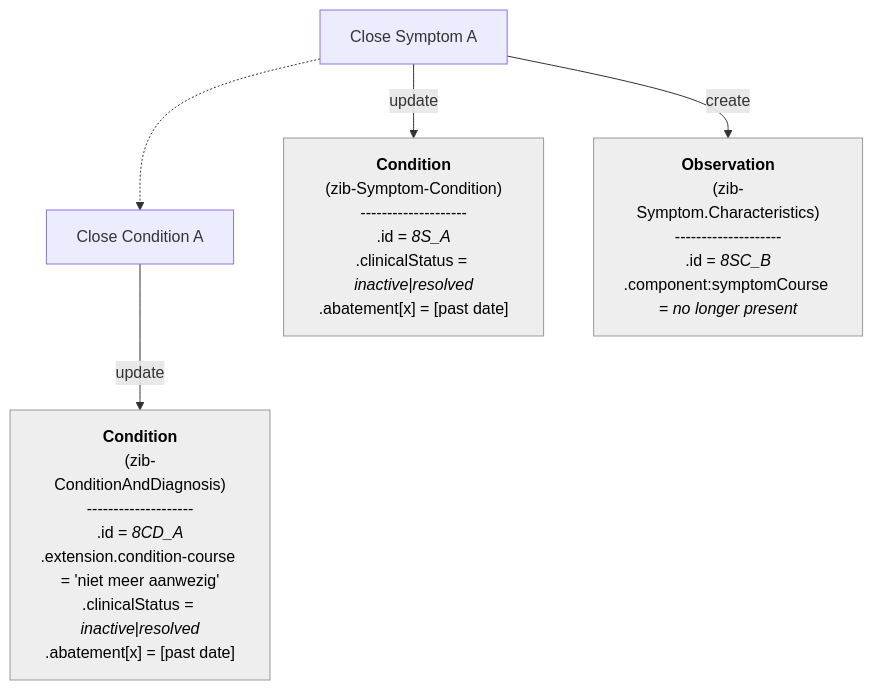
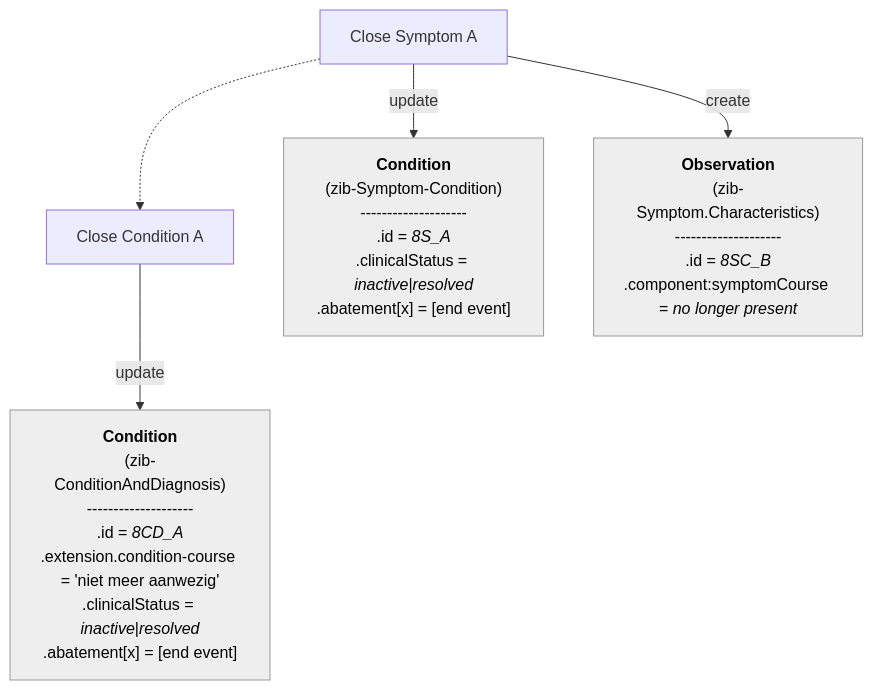
Diagram 19 of 31 in documentation/Condition-Diagnosis-Symptom.md (Nictiz/Nictiz-R4-zib2024), drawn with Mermaid before and after one commit. The commit also changed other lines of this file, not shown here.

````diff
--- a/documentation/Condition-Diagnosis-Symptom.md
+++ b/documentation/Condition-Diagnosis-Symptom.md
@@ -683,43 +756,43 @@
 ```mermaid
 flowchart TB
 
 CloseSymptom_A["`Close Symptom A`"]
 CloseDiagnosis_B["`Close Condition A`"]
 
 CloseSymptom_A -.-> CloseDiagnosis_B
 
     S_A["`
         **Condition**
         (zib-Symptom-Condition)
         --------------------
         .id = _8S_A_
         .clinicalStatus = _inactive_|_resolved_
-        .abatement[x] = [past date]
+        .abatement[x] = [end event]
         `"]    
 
     SC_B["`**Observation**
         (zib-Symptom.Characteristics)
         --------------------
         .id = _8SC_B_
         .component:symptomCourse = _no longer present_
         `"]    
 
     CD_B["`
         **Condition**
         (zib-ConditionAndDiagnosis)
         --------------------
         .id = _8CD_A_
         .extension.condition-course = 'niet meer aanwezig'
         .clinicalStatus = _inactive_|_resolved_
-        .abatement[x] = [past date]
+        .abatement[x] = [end event]
         `"] 
    
     S_A:::Ash
     SC_B:::Ash
     CD_B:::Ash
     classDef Ash stroke-width:1px, stroke-dasharray:none, stroke:#999999, fill:#EEEEEE, color:#000000
 
 CloseSymptom_A -- update --> S_A
 CloseSymptom_A -- create --> SC_B
 CloseDiagnosis_B -- update --> CD_B
 ```
````
